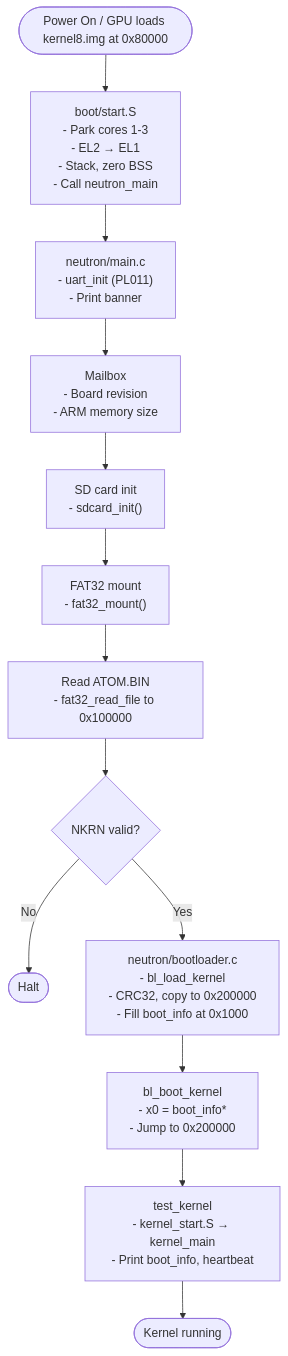
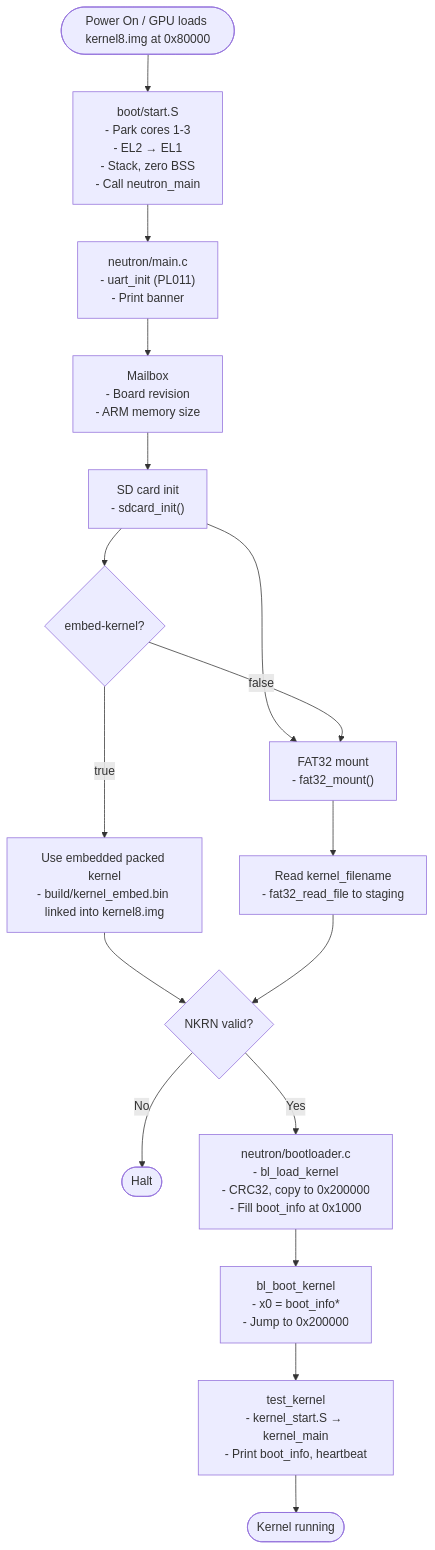
Before and after one commit to serene-brew/Neutron: the second of 3 diagrams in ARCHITECTURE.md, drawn with Mermaid. The commit also changed other lines of this file, not shown here.

````diff
--- a/ARCHITECTURE.md
+++ b/ARCHITECTURE.md
@@ -152,15 +162,19 @@
 ```mermaid
 flowchart TD
     Start([Power On / GPU loads kernel8.img at 0x80000]) --> ASM["boot/start.S<br/>- Park cores 1-3<br/>- EL2 → EL1<br/>- Stack, zero BSS<br/>- Call neutron_main"]
     ASM --> UART["neutron/main.c<br/>- uart_init (PL011)<br/>- Print banner"]
     UART --> MBOX["Mailbox<br/>- Board revision<br/>- ARM memory size"]
     MBOX --> SD["SD card init<br/>- sdcard_init()"]
     SD --> FAT["FAT32 mount<br/>- fat32_mount()"]
-    FAT --> READ["Read ATOM.BIN<br/>- fat32_read_file to 0x100000"]
-    READ --> VALIDATE{NKRN valid?}
+    SD --> MODE{embed-kernel?}
+    MODE -->|true| READ_EMB["Use embedded packed kernel<br/>- build/kernel_embed.bin linked into kernel8.img"]
+    MODE -->|false| FAT["FAT32 mount<br/>- fat32_mount()"]
+    FAT --> READ_SD["Read kernel_filename<br/>- fat32_read_file to staging"]
+    READ_EMB --> VALIDATE{NKRN valid?}
+    READ_SD --> VALIDATE{NKRN valid?}
     VALIDATE -->|No| HALT([Halt])
     VALIDATE -->|Yes| LOAD["neutron/bootloader.c<br/>- bl_load_kernel<br/>- CRC32, copy to 0x200000<br/>- Fill boot_info at 0x1000"]
     LOAD --> JUMP["bl_boot_kernel<br/>- x0 = boot_info*<br/>- Jump to 0x200000"]
     JUMP --> KERNEL["test_kernel<br/>- kernel_start.S → kernel_main<br/>- Print boot_info, heartbeat"]
     KERNEL --> RUN([Kernel running])
 ```
````
